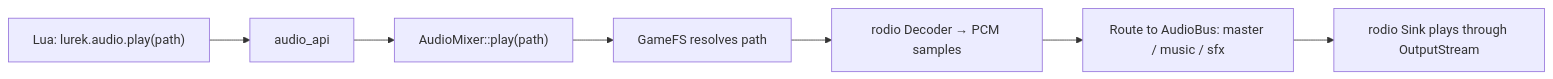
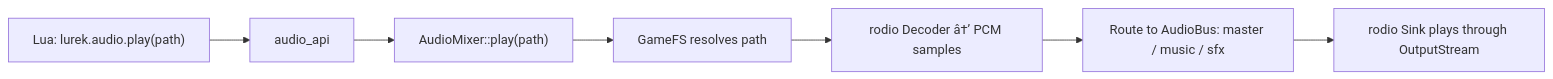
The fifth of 7 diagrams in docs/architecture/engine-architecture.md (Lurek2D/lurek_2d), drawn with Mermaid before and after one commit. The commit also changed other lines of this file and 174 other files, not shown here.

````diff
--- a/docs/architecture/engine-architecture.md
+++ b/docs/architecture/engine-architecture.md
@@ -415,9 +415,9 @@
 ```mermaid
 flowchart LR
     L["Lua: lurek.audio.play(path)"] --> A[audio_api]
     A --> M["AudioMixer::play(path)"]
     M --> FS[GameFS resolves path]
-    FS --> D[rodio Decoder → PCM samples]
+    FS --> D[rodio Decoder â†’ PCM samples]
     D --> B[Route to AudioBus: master / music / sfx]
     B --> S[rodio Sink plays through OutputStream]
 ```
````
